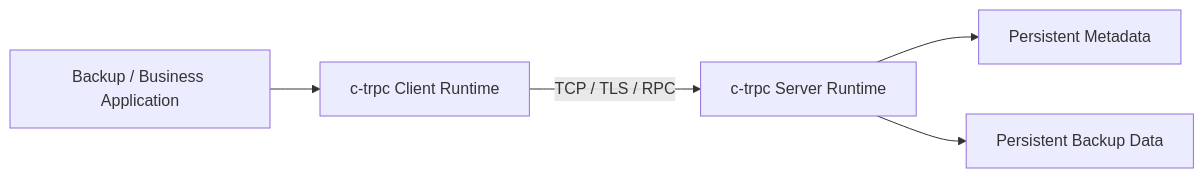
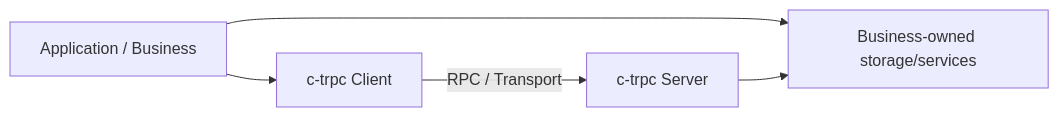
One commit to MyBlackHole/c-trpc changed the first of 2 diagrams in docs/architecture/00-overview.md. Above: the diagram before and after it, drawn with Mermaid. The commit also changed other lines of this file, not shown here.

Commit message:
docs: make architecture overview business-neutral

````diff
--- a/docs/architecture/00-overview.md
+++ b/docs/architecture/00-overview.md
@@ -7,13 +9,12 @@
 ```mermaid
 flowchart LR
-    APP["Backup / Business Application"]
-    CR["c-trpc Client Runtime"]
-    SR["c-trpc Server Runtime"]
-    META["Persistent Metadata"]
-    DATA["Persistent Backup Data"]
+    APP["Application / Business"]
+    C["c-trpc Client"]
+    S["c-trpc Server"]
+    EXT["Business-owned storage/services"]
 
-    APP --> CR
-    CR -->|"TCP / TLS / RPC"| SR
-    SR --> META
-    SR --> DATA
+    APP --> C
+    C -->|"RPC / Transport"| S
+    APP --> EXT
+    S --> EXT
 ```
````
